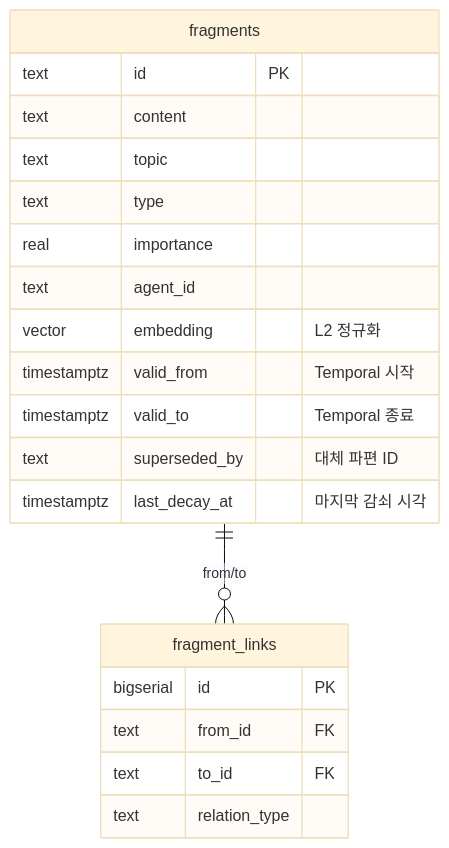
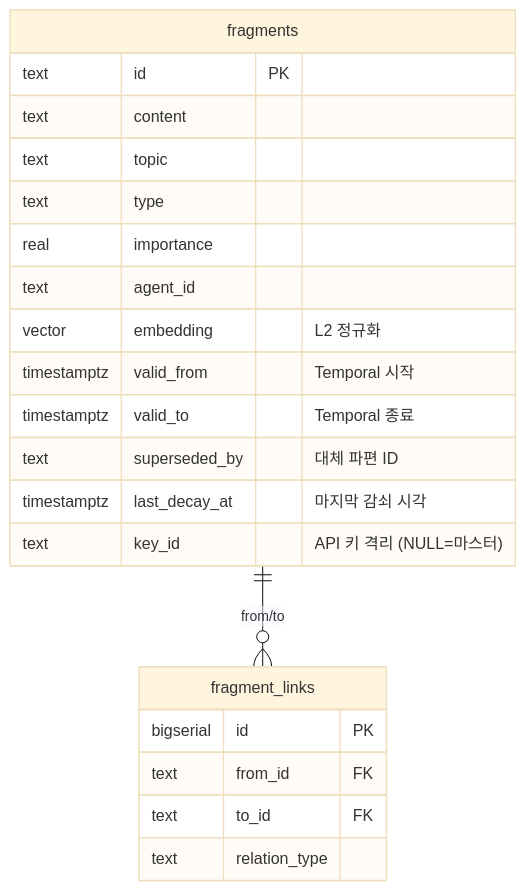
Before and after one commit to stannum-Lee/memento-mcp: the diagram in README.simple.md, drawn with Mermaid (base theme). The commit also changed other lines of this file and 14 other files, not shown here.

````diff
--- a/README.simple.md
+++ b/README.simple.md
@@ -91,23 +91,24 @@
 ```mermaid
 erDiagram
     fragments ||--o{ fragment_links : "from/to"
     fragments {
         text id PK
         text content
         text topic
         text type
         real importance
         text agent_id
         vector embedding "L2 정규화"
         timestamptz valid_from "Temporal 시작"
         timestamptz valid_to "Temporal 종료"
         text superseded_by "대체 파편 ID"
         timestamptz last_decay_at "마지막 감쇠 시각"
+        text key_id "API 키 격리 (NULL=마스터)"
     }
     fragment_links {
         bigserial id PK
         text from_id FK
         text to_id FK
         text relation_type
     }
 ```
````
